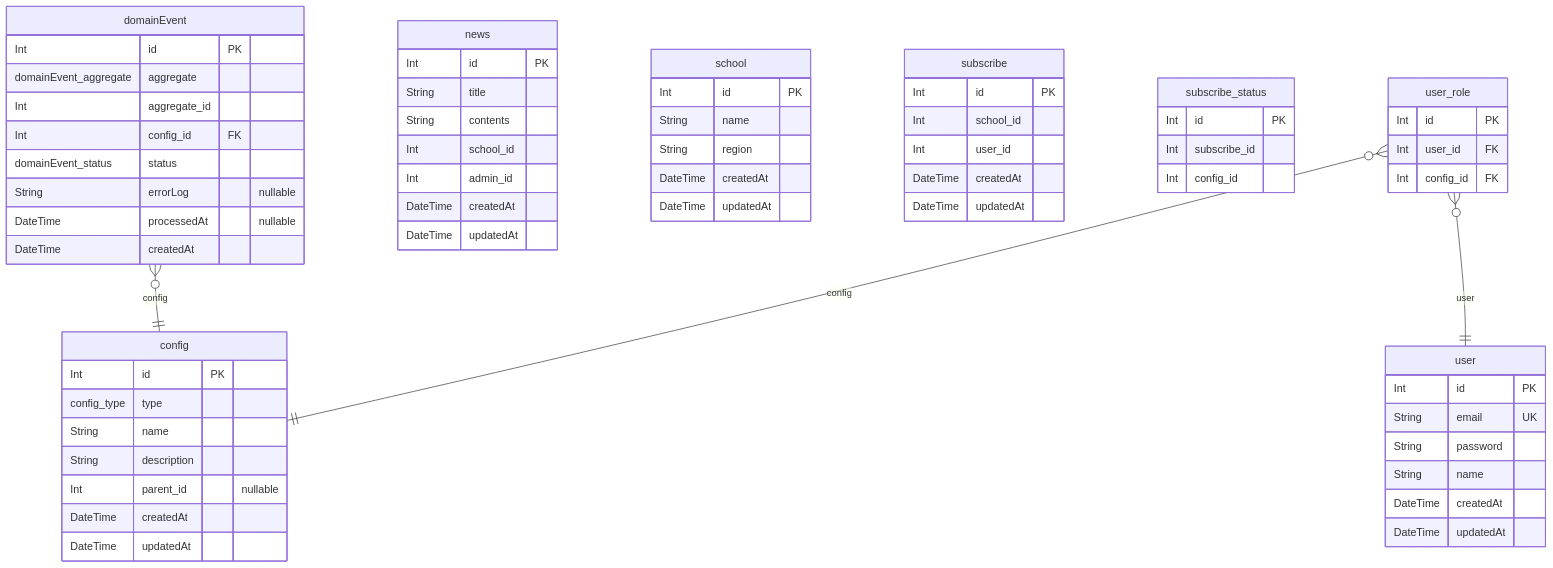
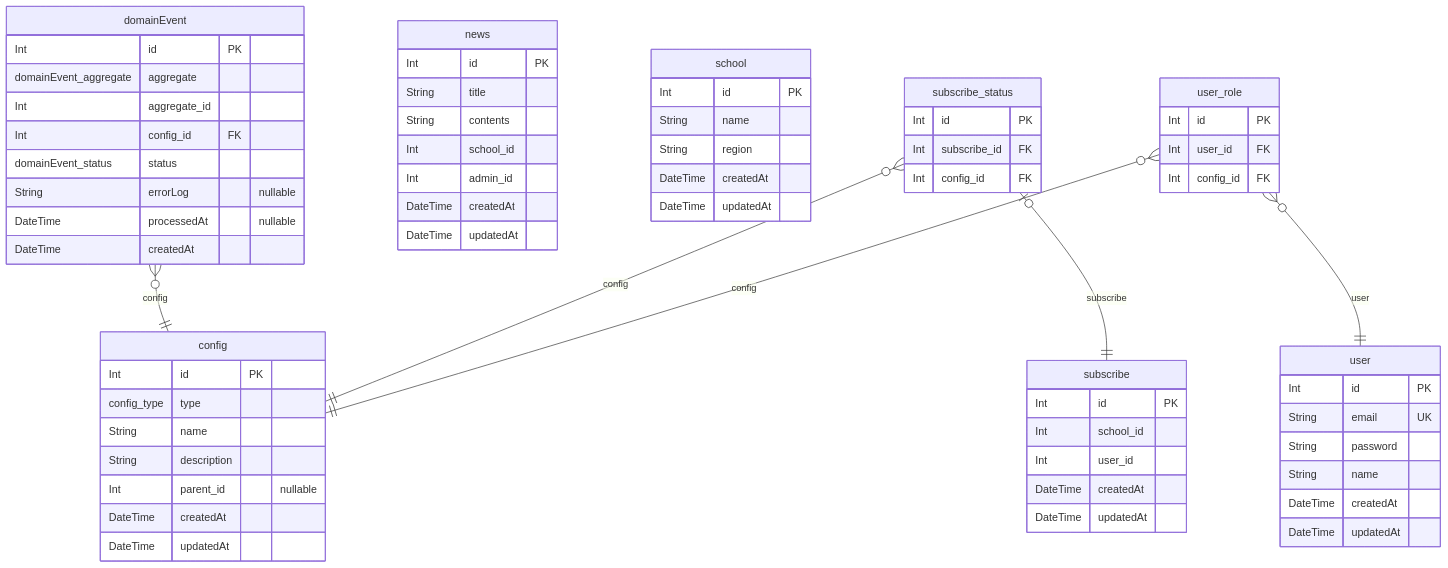
The diagram in config/sql-history/ERD.md (2langk/classting), drawn with Mermaid before and after one commit. The commit also changed 3 other files, not shown here.

````diff
--- a/config/sql-history/ERD.md
+++ b/config/sql-history/ERD.md
@@ -7,66 +7,68 @@
 ```mermaid
 erDiagram
 "config" {
   Int id PK
   config_type type
   String name
   String description
   Int parent_id "nullable"
   DateTime createdAt
   DateTime updatedAt
 }
 "domainEvent" {
   Int id PK
   domainEvent_aggregate aggregate
   Int aggregate_id
   Int config_id FK
   domainEvent_status status
   String errorLog "nullable"
   DateTime processedAt "nullable"
   DateTime createdAt
 }
 "news" {
   Int id PK
   String title
   String contents
   Int school_id
   Int admin_id
   DateTime createdAt
   DateTime updatedAt
 }
 "school" {
   Int id PK
   String name
   String region
   DateTime createdAt
   DateTime updatedAt
 }
 "subscribe" {
   Int id PK
   Int school_id
   Int user_id
   DateTime createdAt
   DateTime updatedAt
 }
 "subscribe_status" {
   Int id PK
-  Int subscribe_id
-  Int config_id
+  Int subscribe_id FK
+  Int config_id FK
 }
 "user" {
   Int id PK
   String email UK
   String password
   String name
   DateTime createdAt
   DateTime updatedAt
 }
 "user_role" {
   Int id PK
   Int user_id FK
   Int config_id FK
 }
 "domainEvent" }o--|| "config" : config
+"subscribe_status" }o--|| "config" : config
+"subscribe_status" |o--|| "subscribe" : subscribe
 "user_role" }o--|| "config" : config
 "user_role" }o--|| "user" : user
 ```
````
